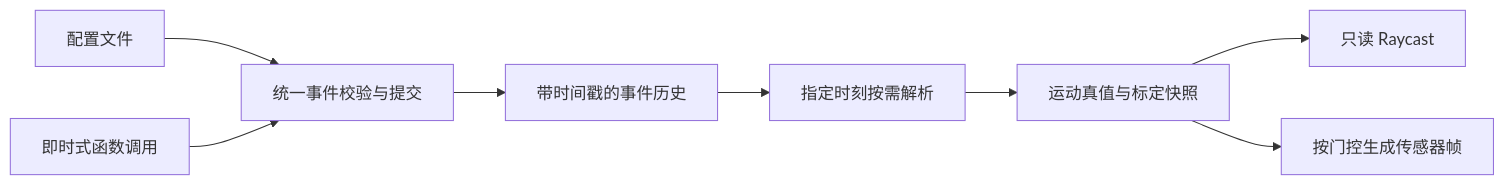
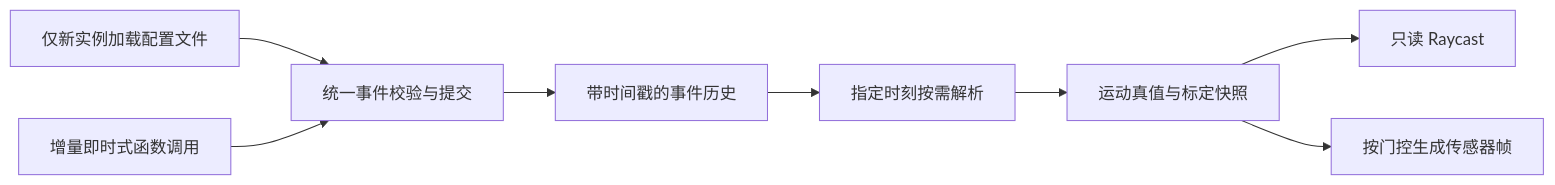
One commit to ncut-d1z/VisualSim changed the first of 4 diagrams in docs/HLD.md. Above: the diagram before and after it, drawn with Mermaid. The commit also changed other lines of this file and 5 other files, not shown here.

```diff
--- a/docs/HLD.md
+++ b/docs/HLD.md
@@ -73,10 +73,10 @@
 ~~~mermaid
 flowchart LR
-    A[配置文件] --> B[统一事件校验与提交]
-    C[即时式函数调用] --> B
+    A[仅新实例加载配置文件] --> B[统一事件校验与提交]
+    C[增量即时式函数调用] --> B
     B --> D[带时间戳的事件历史]
     D --> E[指定时刻按需解析]
     E --> F[运动真值与标定快照]
     F --> G[只读 Raycast]
     F --> H[按门控生成传感器帧]
 ~~~
```
